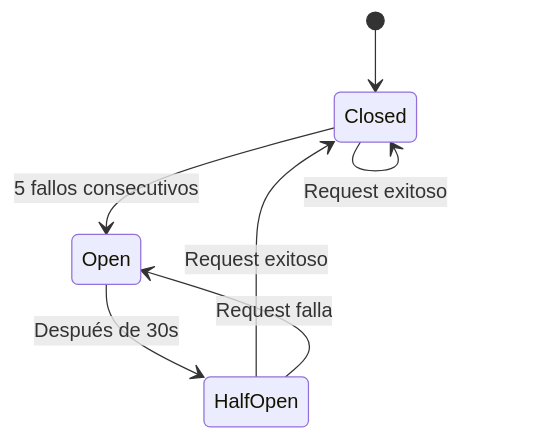
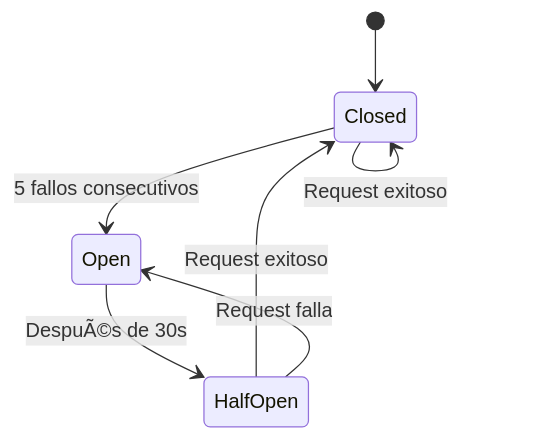
The second of 2 diagrams in .kiro/specs/backend-cotizaciones-v1/design.md (visuarte/camiprint), drawn with Mermaid before and after one commit. The commit also changed other lines of this file and 69 other files, not shown here.

````diff
--- a/.kiro/specs/backend-cotizaciones-v1/design.md
+++ b/.kiro/specs/backend-cotizaciones-v1/design.md
@@ -1469,9 +1469,9 @@
 ```mermaid
 stateDiagram-v2
     [*] --> Closed
     Closed --> Open: 5 fallos consecutivos
-    Open --> HalfOpen: Después de 30s
+    Open --> HalfOpen: DespuÃ©s de 30s
     HalfOpen --> Closed: Request exitoso
     HalfOpen --> Open: Request falla
     Closed --> Closed: Request exitoso
 ```
````
